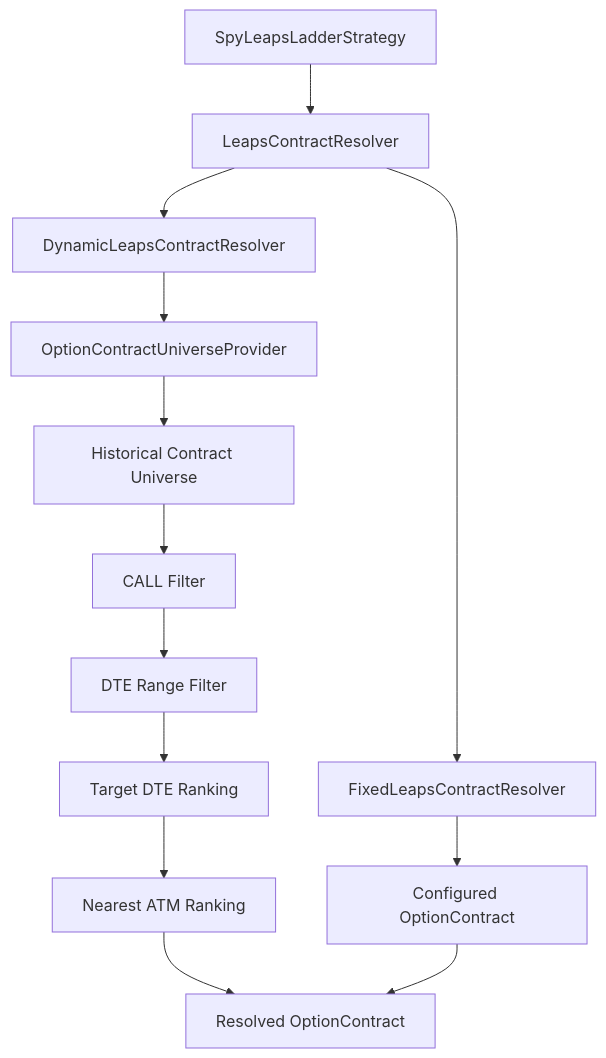
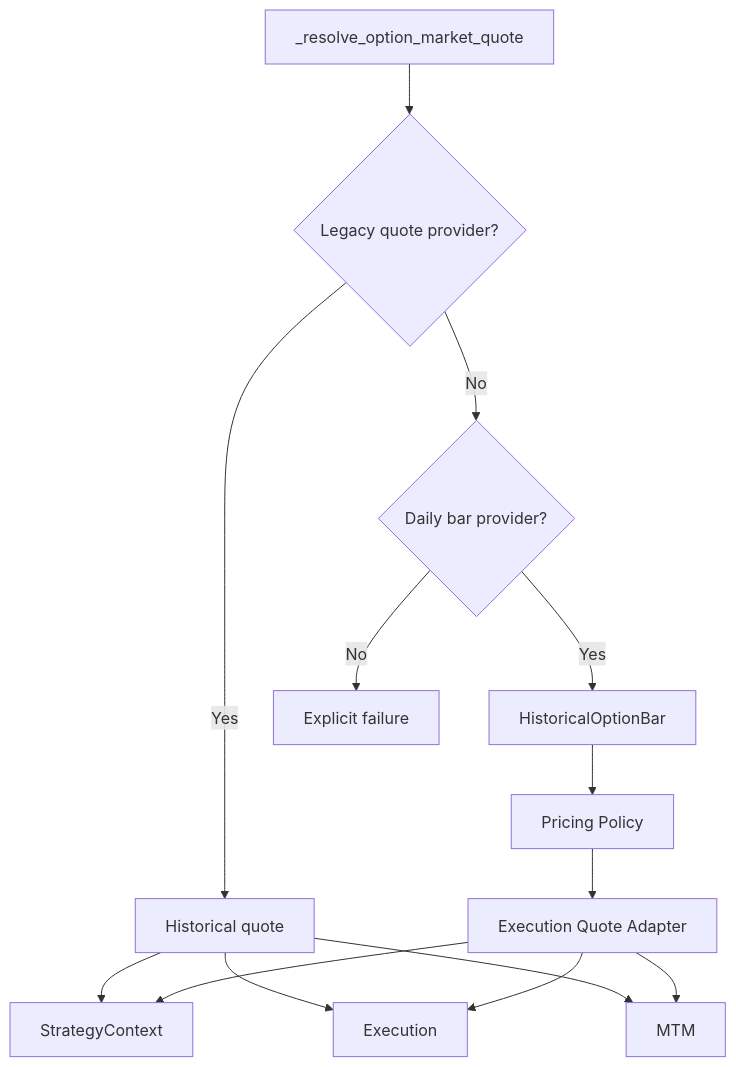
Before and after one commit to Kalvin-avenger/QuantResearch: the third of 6 diagrams in docs/ARCHITECTURE.md, drawn with Mermaid. The commit also changed other lines of this file and 4 other files, not shown here.

````diff
--- a/docs/ARCHITECTURE.md
+++ b/docs/ARCHITECTURE.md
@@ -137,15 +144,17 @@
 ```mermaid
 flowchart TD
-    A[SpyLeapsLadderStrategy] --> B[LeapsContractResolver]
-    B --> C[FixedLeapsContractResolver]
-    B --> D[DynamicLeapsContractResolver]
-    C --> E[Configured OptionContract]
-    D --> F[OptionContractUniverseProvider]
-    F --> G[Historical Contract Universe]
-    G --> H[CALL Filter]
-    H --> I[DTE Range Filter]
-    I --> J[Target DTE Ranking]
-    J --> K[Nearest ATM Ranking]
-    K --> L[Resolved OptionContract]
-    E --> L
+    R[_resolve_option_market_quote] --> Q{Legacy quote provider?}
+    Q -->|Yes| L[Historical quote]
+    Q -->|No| B{Daily bar provider?}
+    B -->|Yes| HB[HistoricalOptionBar]
+    HB --> PP[Pricing Policy]
+    PP --> AD[Execution Quote Adapter]
+    B -->|No| ERR[Explicit failure]
+
+    L --> CTX[StrategyContext]
+    AD --> CTX
+    L --> EX[Execution]
+    AD --> EX
+    L --> M[MTM]
+    AD --> M
 ```
````
